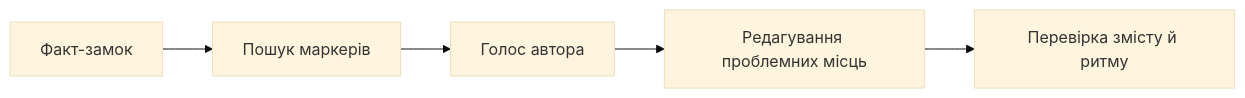
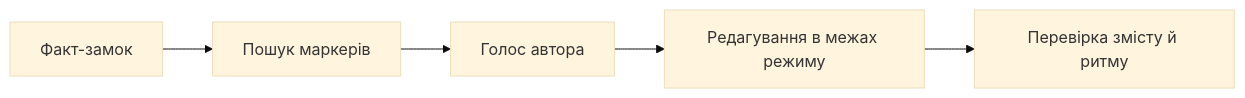
One commit to Vicarta/humanizer-ua changed the diagram in README.md. Above: the diagram before and after it, drawn with Mermaid (base theme). The commit also changed other lines of this file and 1 other file, not shown here.

````diff
--- a/README.md
+++ b/README.md
@@ -59,7 +83,7 @@
 ```mermaid
 flowchart LR
     A["Факт-замок"] --> B["Пошук маркерів"]
     B --> C["Голос автора"]
-    C --> D["Редагування проблемних місць"]
+    C --> D["Редагування в межах режиму"]
     D --> E["Перевірка змісту й ритму"]
 ```
````
